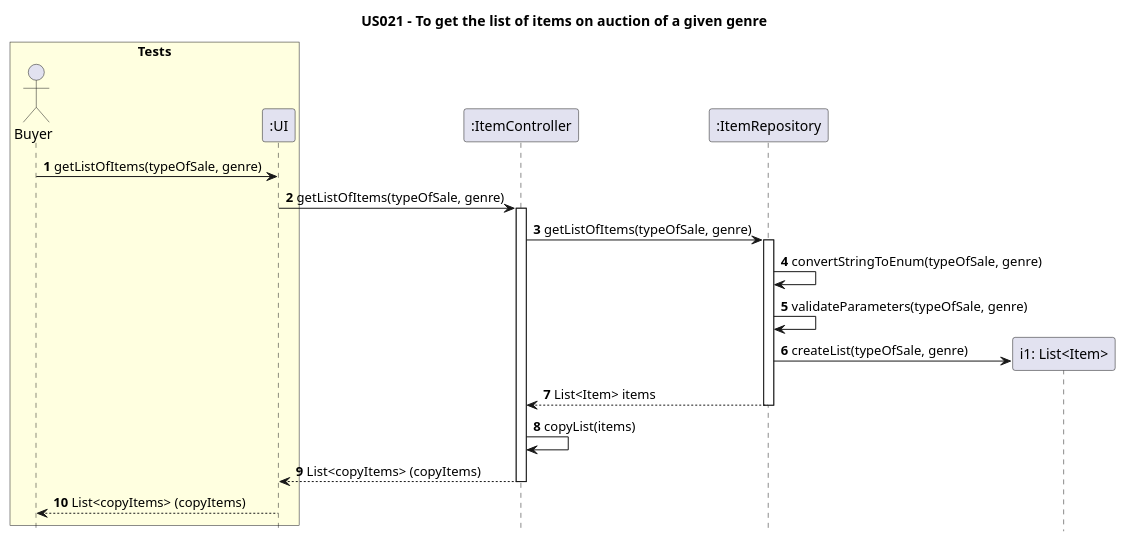
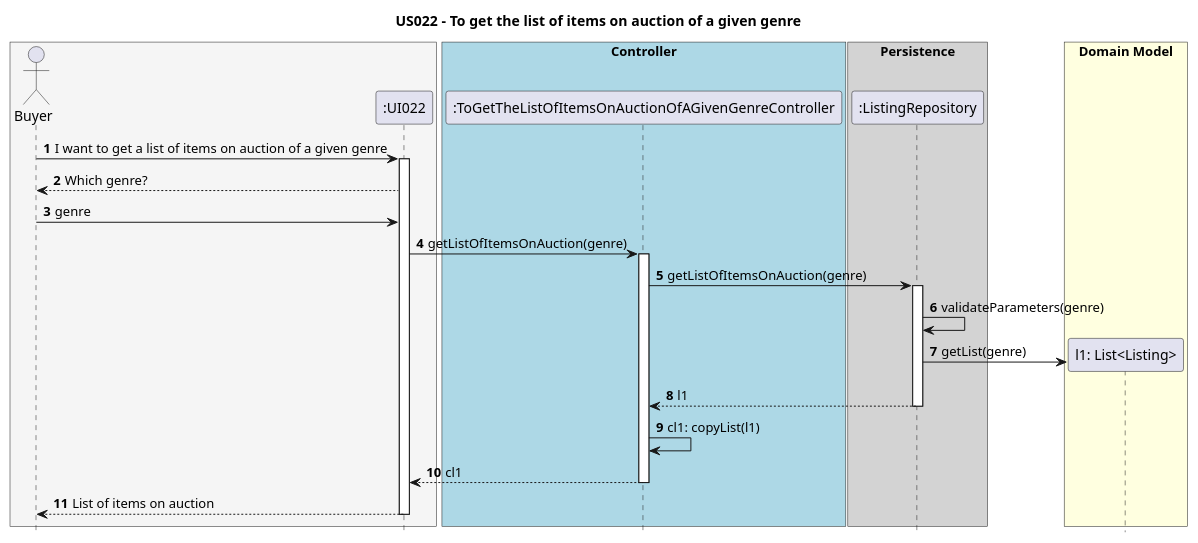
The diagram in Diagrams/SequenceDiagrams/N2/US022-to-get-the-list-of-items-on-auction-of-a-given-genre.puml (AndrePereiraGitH/SWitCH-Project-Team_A), drawn with PlantUML before and after one commit. The commit also changed 7 other files, not shown here.

```diff
--- a/Diagrams/SequenceDiagrams/N2/US022-to-get-the-list-of-items-on-auction-of-a-given-genre.puml
+++ b/Diagrams/SequenceDiagrams/N2/US022-to-get-the-list-of-items-on-auction-of-a-given-genre.puml
@@ -1,40 +1,49 @@
 @startuml
 
 hide footbox
-title US021 - To get the list of items on auction of a given genre
+autonumber
+title US022 - To get the list of items on auction of a given genre
 
-box "Tests" #LightYellow
+box #WhiteSmoke
 actor Buyer
-participant ":UI" as UI
+participant ":UI022" as UI022
 end box
 
-participant ":ItemController" as ItemController
-participant ":ItemRepository" as ItemRepository
+Buyer -> UI022 : I want to get a list of items on auction of a given genre
+activate UI022
+UI022 --> Buyer : Which genre?
+Buyer -> UI022 : genre
 
-Buyer -> UI : **1** getListOfItems(typeOfSale, genre)
+box "Controller" #LightBlue
+participant ":ToGetTheListOfItemsOnAuctionOfAGivenGenreController" as ToGetTheListOfItemsOnAuctionOfAGivenGenreController
+end box
 
-UI -> ItemController : **2** getListOfItems(typeOfSale, genre)
-activate ItemController
+UI022 -> ToGetTheListOfItemsOnAuctionOfAGivenGenreController: getListOfItemsOnAuction(genre)
+activate ToGetTheListOfItemsOnAuctionOfAGivenGenreController
 
-ItemController -> ItemRepository : **3** getListOfItems(typeOfSale, genre)
-activate ItemRepository
+box "Persistence" #LightGrey
+participant ":ListingRepository" as ListingRepository
+end box
 
-ItemRepository -> ItemRepository : **4** convertStringToEnum(typeOfSale, genre)
+ToGetTheListOfItemsOnAuctionOfAGivenGenreController-> ListingRepository : getListOfItemsOnAuction(genre)
+activate ListingRepository
 
-ItemRepository -> ItemRepository : **5** validateParameters(typeOfSale, genre)
+ListingRepository -> ListingRepository : validateParameters(genre)
 
-create "i1: List<Item>" as Item
-ItemRepository -> Item : **6** createList(typeOfSale, genre)
+box "Domain Model" #LightYellow
+create "l1: List<Listing>" as Listing
+ListingRepository -> Listing : getList(genre)
+end box
 
-' ItemRepository --> ItemController : **6** i1
-ItemRepository --> ItemController : **7** List<Item> items
-deactivate ItemRepository
+ListingRepository --> ToGetTheListOfItemsOnAuctionOfAGivenGenreController: l1
+deactivate ListingRepository
 
-ItemController -> ItemController : **8** copyList(items)
+ToGetTheListOfItemsOnAuctionOfAGivenGenreController-> ToGetTheListOfItemsOnAuctionOfAGivenGenreController: cl1: copyList(l1)
 
-ItemController --> UI : **9** List<copyItems> (copyItems)
-deactivate ItemController
+ToGetTheListOfItemsOnAuctionOfAGivenGenreController--> UI022 : cl1
+deactivate ToGetTheListOfItemsOnAuctionOfAGivenGenreController
 
-UI --> Buyer : **10** List<copyItems> (copyItems)
+UI022 --> Buyer : List of items on auction
+deactivate UI022
 
 @enduml
```
